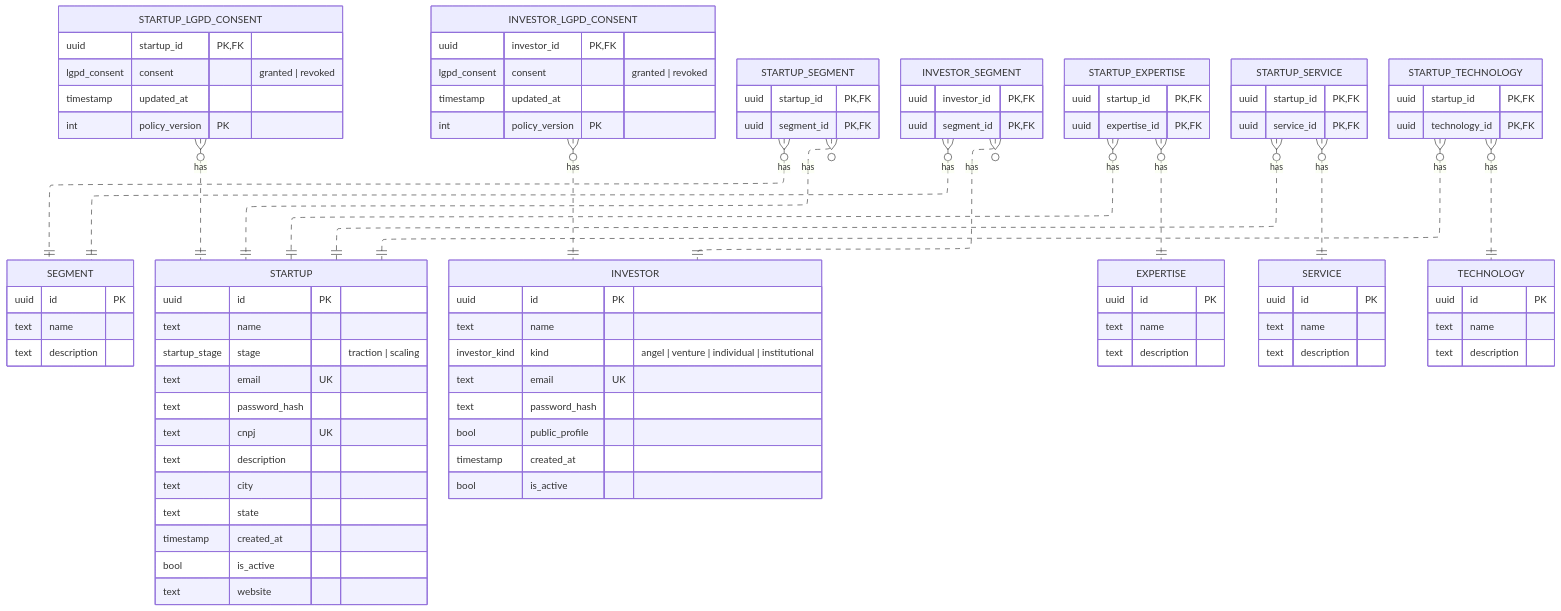
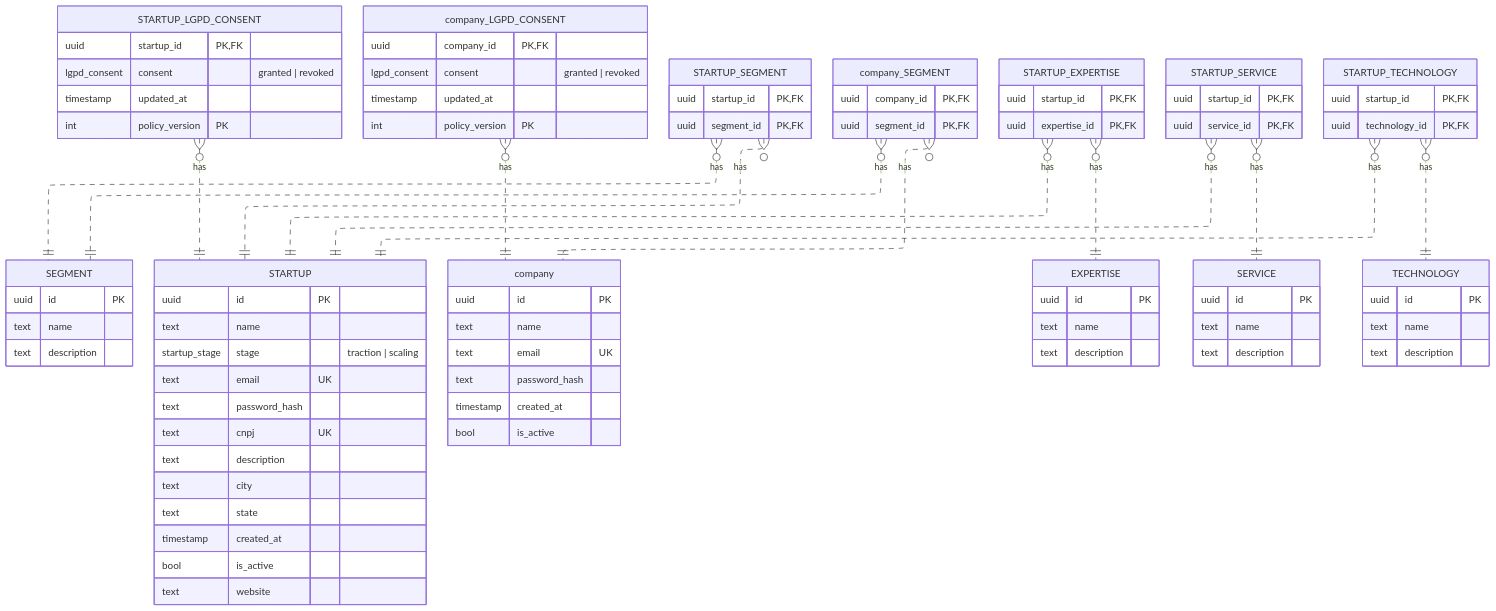
Before and after one commit to gislanysa/RecinTech: the diagram in backend/README.md, drawn with Mermaid. The commit also changed 11 other files, not shown here.

Commit message:
feat(company): rename "investor" module to "company"

```diff
--- a/backend/README.md
+++ b/backend/README.md
@@ -72,20 +72,18 @@
     int policy_version PK
   }
 
-  INVESTOR {
+  company {
     uuid id PK
     text name
-    investor_kind kind "angel | venture | individual | institutional"
     text email UK
     text password_hash
-    bool public_profile
     timestamp created_at
     bool is_active
   }
 
-  INVESTOR_LGPD_CONSENT }o..|| INVESTOR : has
-  INVESTOR_LGPD_CONSENT {
-    uuid investor_id PK, FK
+  company_LGPD_CONSENT }o..|| company : has
+  company_LGPD_CONSENT {
+    uuid company_id PK, FK
     lgpd_consent consent "granted | revoked"
     timestamp updated_at
     int policy_version PK
@@ -98,10 +96,10 @@
     uuid segment_id PK, FK
   }
 
-  INVESTOR_SEGMENT }o..|| INVESTOR : has
-  INVESTOR_SEGMENT }o..|| SEGMENT : has
-  INVESTOR_SEGMENT {
-    uuid investor_id PK, FK
+  company_SEGMENT }o..|| company : has
+  company_SEGMENT }o..|| SEGMENT : has
+  company_SEGMENT {
+    uuid company_id PK, FK
     uuid segment_id PK, FK
   }
 
```
